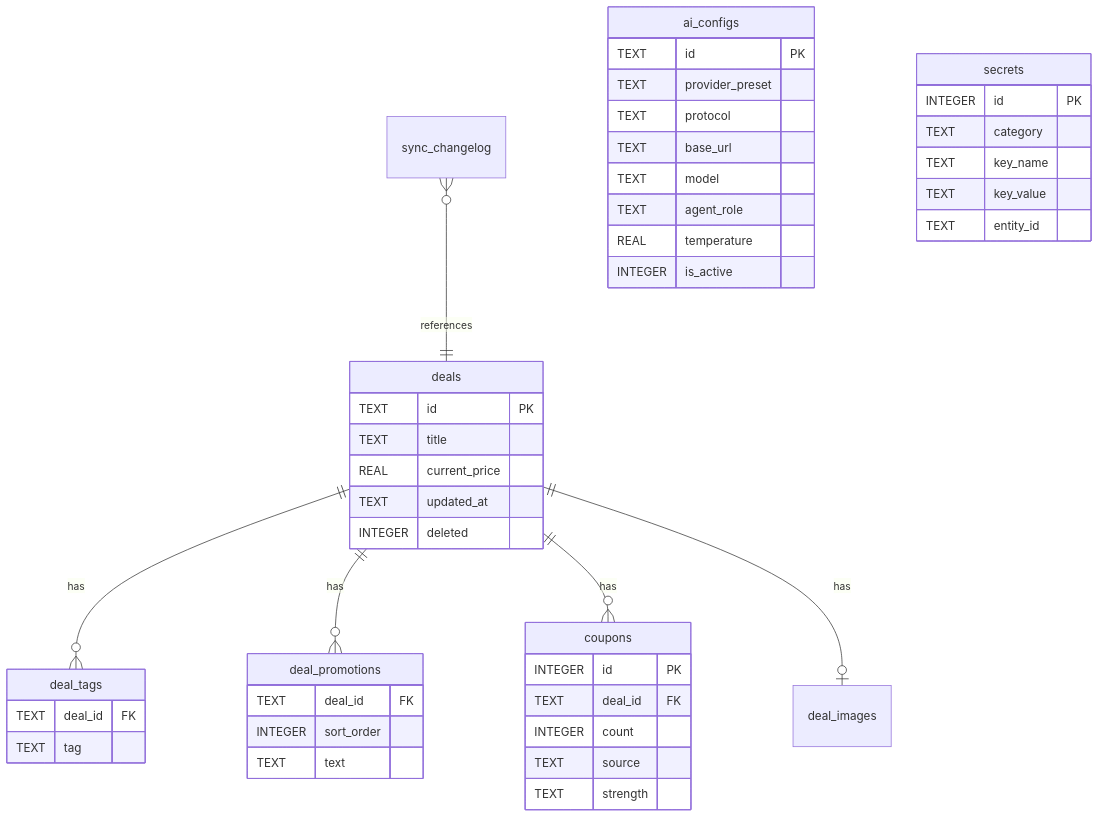
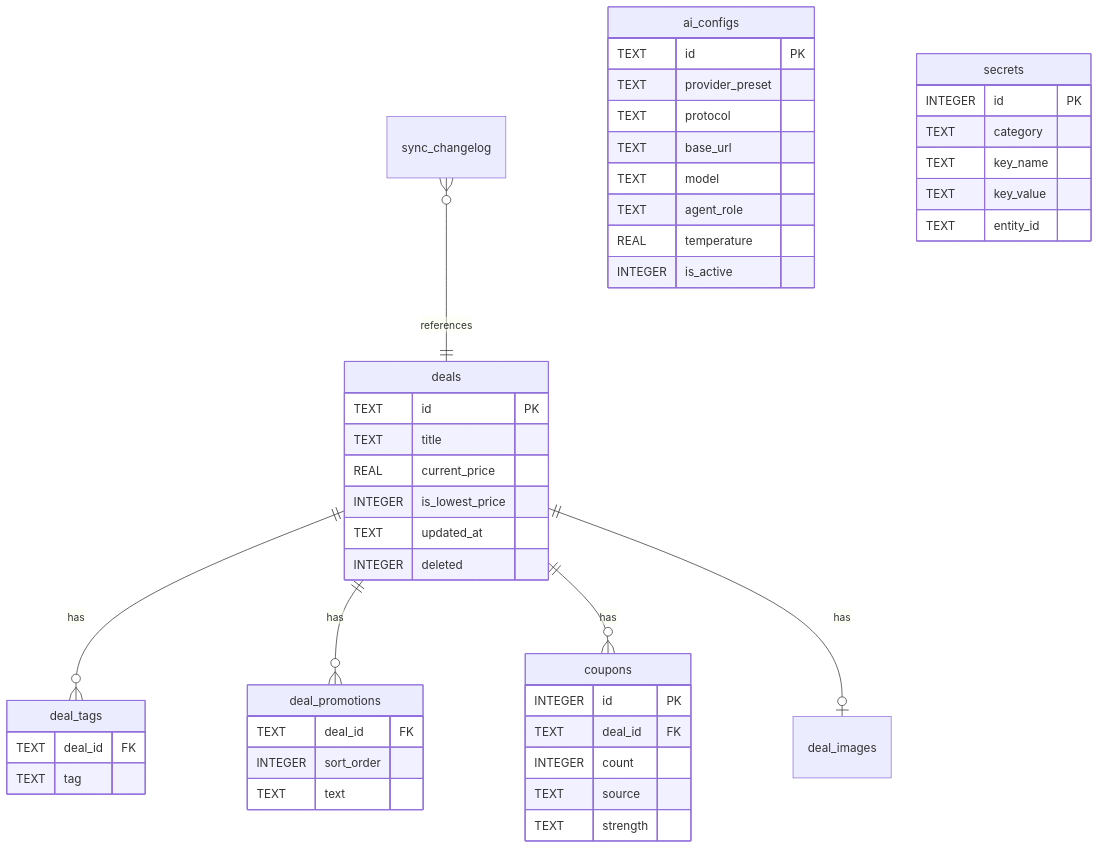
The diagram in doc/数据库表设计.md (xucux/ZheDuoDuo), drawn with Mermaid before and after one commit. The commit also changed other lines of this file and 63 other files, not shown here.

````diff
--- a/doc/数据库表设计.md
+++ b/doc/数据库表设计.md
@@ -38,49 +38,50 @@
 ```mermaid
 erDiagram
     deals ||--o{ deal_tags : has
     deals ||--o{ deal_promotions : has
     deals ||--o{ coupons : has
     deals ||--o| deal_images : has
     sync_changelog }o--|| deals : references
 
     deals {
         TEXT id PK
         TEXT title
         REAL current_price
+        INTEGER is_lowest_price
         TEXT updated_at
         INTEGER deleted
     }
     deal_tags {
         TEXT deal_id FK
         TEXT tag
     }
     deal_promotions {
         TEXT deal_id FK
         INTEGER sort_order
         TEXT text
     }
     coupons {
         INTEGER id PK
         TEXT deal_id FK
         INTEGER count
         TEXT source
         TEXT strength
     }
     ai_configs {
         TEXT id PK
         TEXT provider_preset
         TEXT protocol
         TEXT base_url
         TEXT model
         TEXT agent_role
         REAL temperature
         INTEGER is_active
     }
     secrets {
         INTEGER id PK
         TEXT category
         TEXT key_name
         TEXT key_value
         TEXT entity_id
     }
 ```
````
